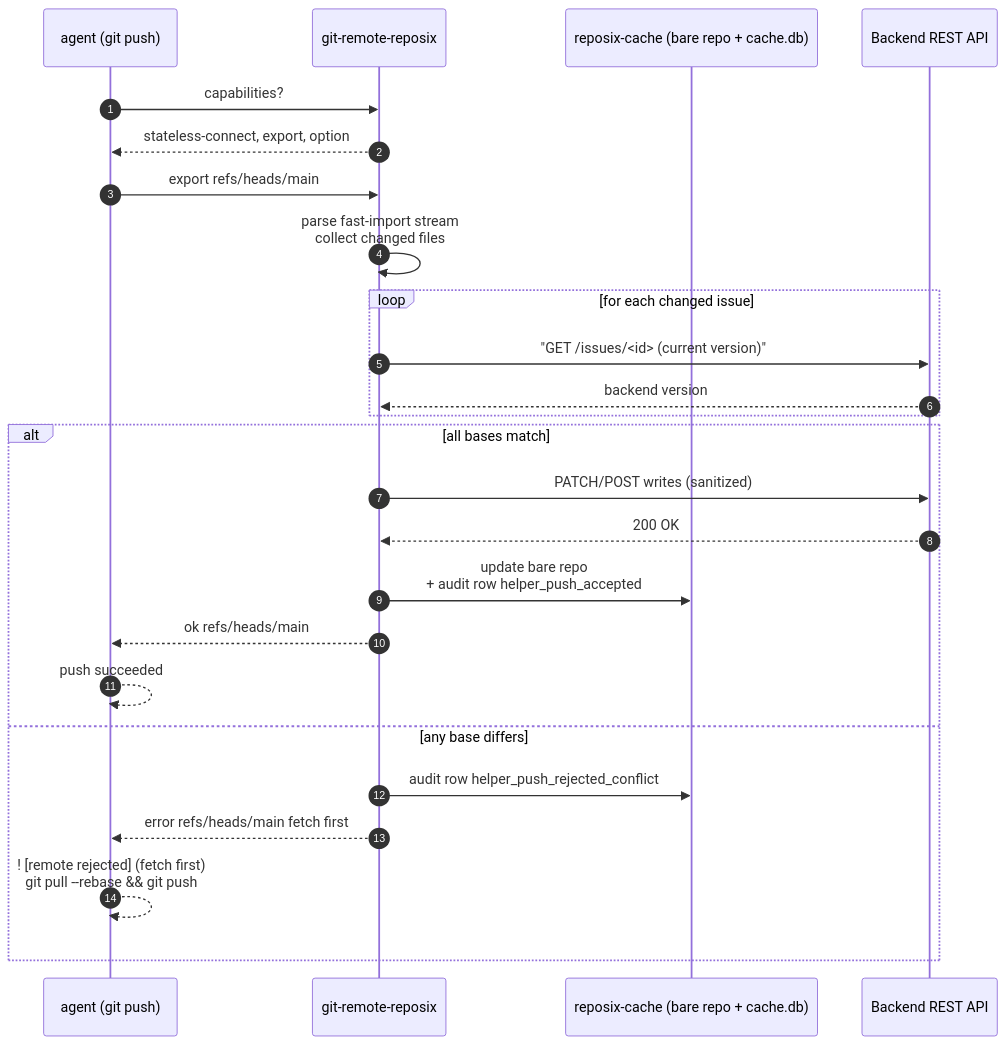
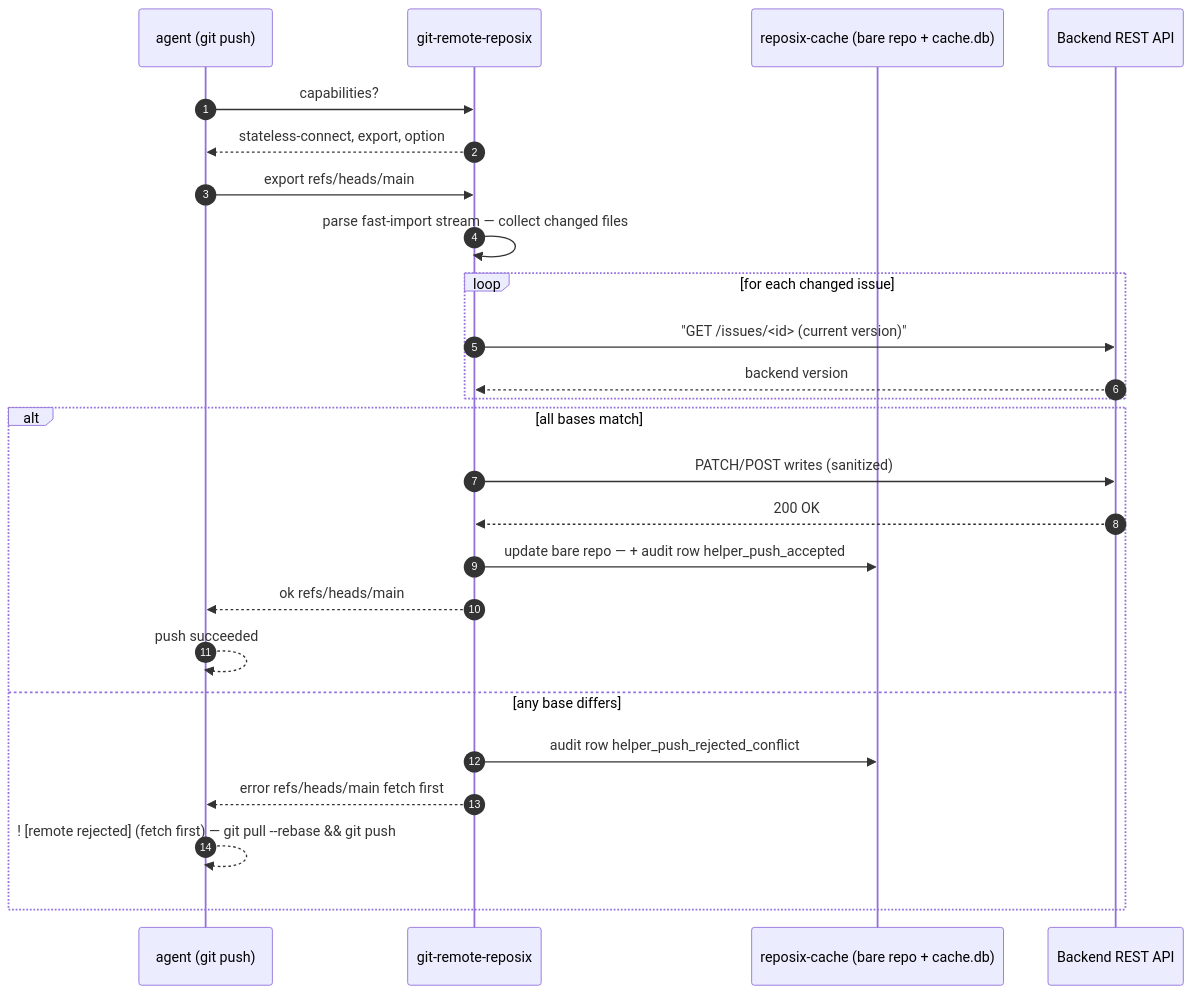
Before and after one commit to reubenjohn/reposix: the diagram in docs/how-it-works/git-layer.md, drawn with Mermaid. The commit also changed 2 other files, not shown here.

````diff
--- a/docs/how-it-works/git-layer.md
+++ b/docs/how-it-works/git-layer.md
@@ -21,29 +21,29 @@
 ```mermaid
 sequenceDiagram
     autonumber
     participant Agent as agent (git push)
     participant Helper as git-remote-reposix
     participant Cache as reposix-cache (bare repo + cache.db)
     participant API as Backend REST API
 
     Agent->>Helper: capabilities?
     Helper-->>Agent: stateless-connect, export, option
     Agent->>Helper: export refs/heads/main
-    Helper->>Helper: parse fast-import stream<br/>collect changed files
+    Helper->>Helper: parse fast-import stream — collect changed files
     loop for each changed issue
         Helper->>API: "GET /issues/<id> (current version)"
         API-->>Helper: backend version
     end
 
     alt all bases match
         Helper->>API: PATCH/POST writes (sanitized)
         API-->>Helper: 200 OK
-        Helper->>Cache: update bare repo<br/>+ audit row helper_push_accepted
+        Helper->>Cache: update bare repo — + audit row helper_push_accepted
         Helper-->>Agent: ok refs/heads/main
         Agent-->>Agent: push succeeded
     else any base differs
         Helper->>Cache: audit row helper_push_rejected_conflict
         Helper-->>Agent: error refs/heads/main fetch first
-        Agent-->>Agent: ! [remote rejected] (fetch first)<br/>git pull --rebase && git push
+        Agent-->>Agent: ! [remote rejected] (fetch first) — git pull --rebase && git push
     end
 ```
````
